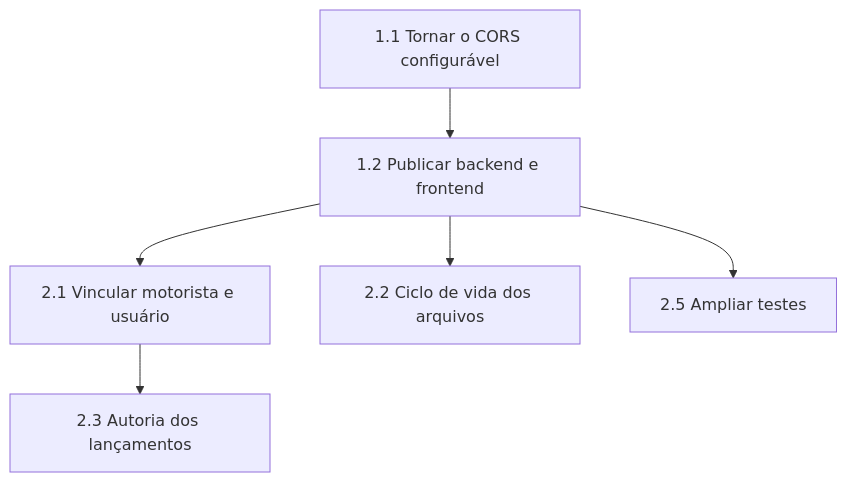
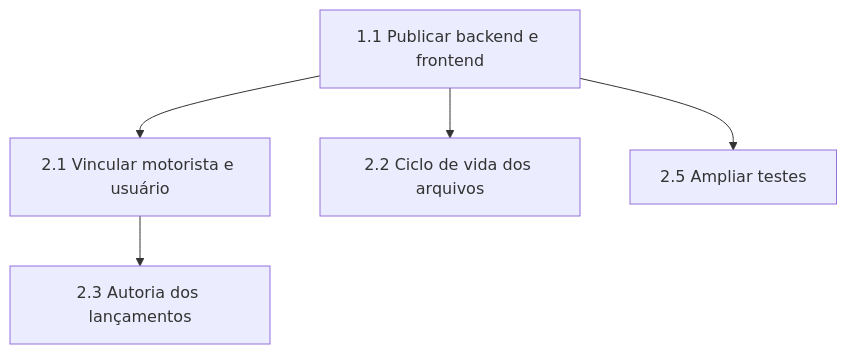
Before and after one commit to gregoryjereissati/pfi-fleet-manager: the diagram in docs/08-proximas-etapas.md, drawn with Mermaid. The commit also changed other lines of this file and 4 other files, not shown here.

````diff
--- a/docs/08-proximas-etapas.md
+++ b/docs/08-proximas-etapas.md
@@ -116,8 +108,8 @@
 ```mermaid
 flowchart TB
-    B["1.1 Tornar o CORS configurável"] --> C["1.2 Publicar backend e frontend"]
+    C["1.1 Publicar backend e frontend"]
     C --> F["2.1 Vincular motorista e usuário"]
     C --> G["2.2 Ciclo de vida dos arquivos"]
     F --> H["2.3 Autoria dos lançamentos"]
     C --> I["2.5 Ampliar testes"]
 ```
````
